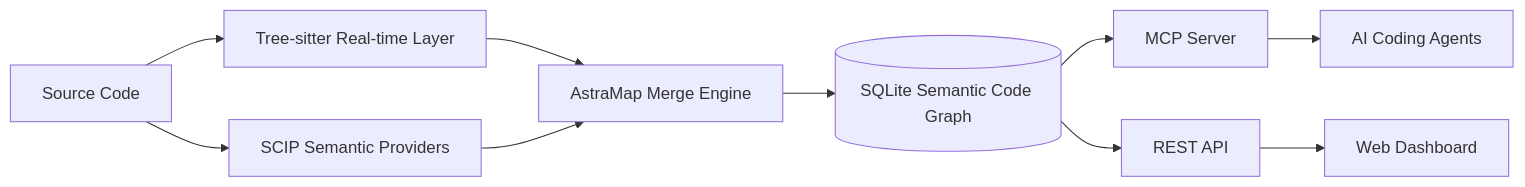
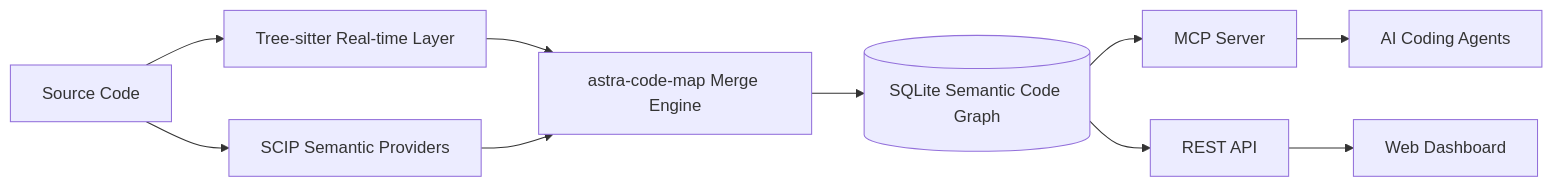
Before and after one commit to SourceAstra/AstraMap: the diagram in README.md, drawn with Mermaid. The commit also changed other lines of this file and 34 other files, not shown here.

````diff
--- a/README.md
+++ b/README.md
@@ -165,12 +175,12 @@
 ```mermaid
 graph LR
     A[Source Code] --> B[Tree-sitter Real-time Layer]
     A --> C[SCIP Semantic Providers]
-    B --> D[AstraMap Merge Engine]
+    B --> D[astra-code-map Merge Engine]
     C --> D
     D --> E[(SQLite Semantic Code Graph)]
     E --> F[MCP Server]
     E --> G[REST API]
     G --> H[Web Dashboard]
     F --> I[AI Coding Agents]
 ```
````
